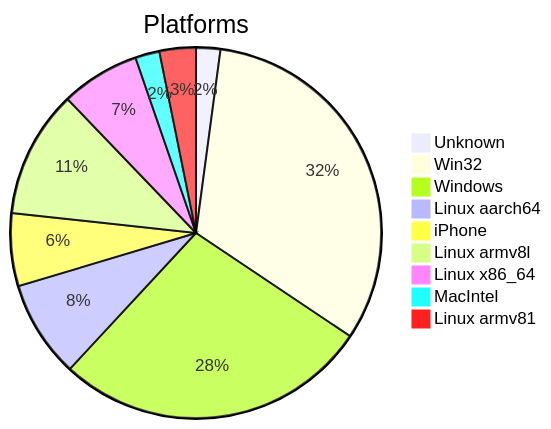
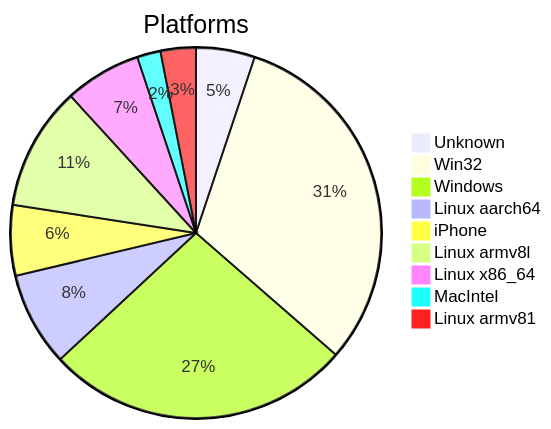
One commit to Krugou/socials changed the first of 2 diagrams in DATA_REPORT.md. Above: the diagram before and after it, drawn with Mermaid. The commit also changed other lines of this file and 2 other files, not shown here.

````diff
--- a/DATA_REPORT.md
+++ b/DATA_REPORT.md
@@ -9,12 +9,12 @@
 ```mermaid
 pie title Platforms
-    "Unknown" : 4
+    "Unknown" : 10
     "Win32" : 61
     "Windows" : 52
     "Linux aarch64" : 16
     "iPhone" : 12
     "Linux armv8l" : 21
     "Linux x86_64" : 13
     "MacIntel" : 4
     "Linux armv81" : 6
 ```
````
